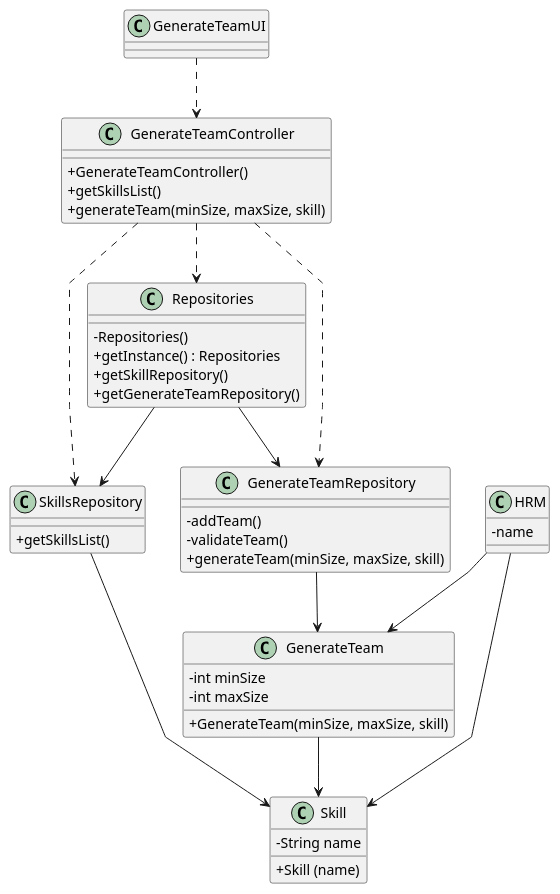
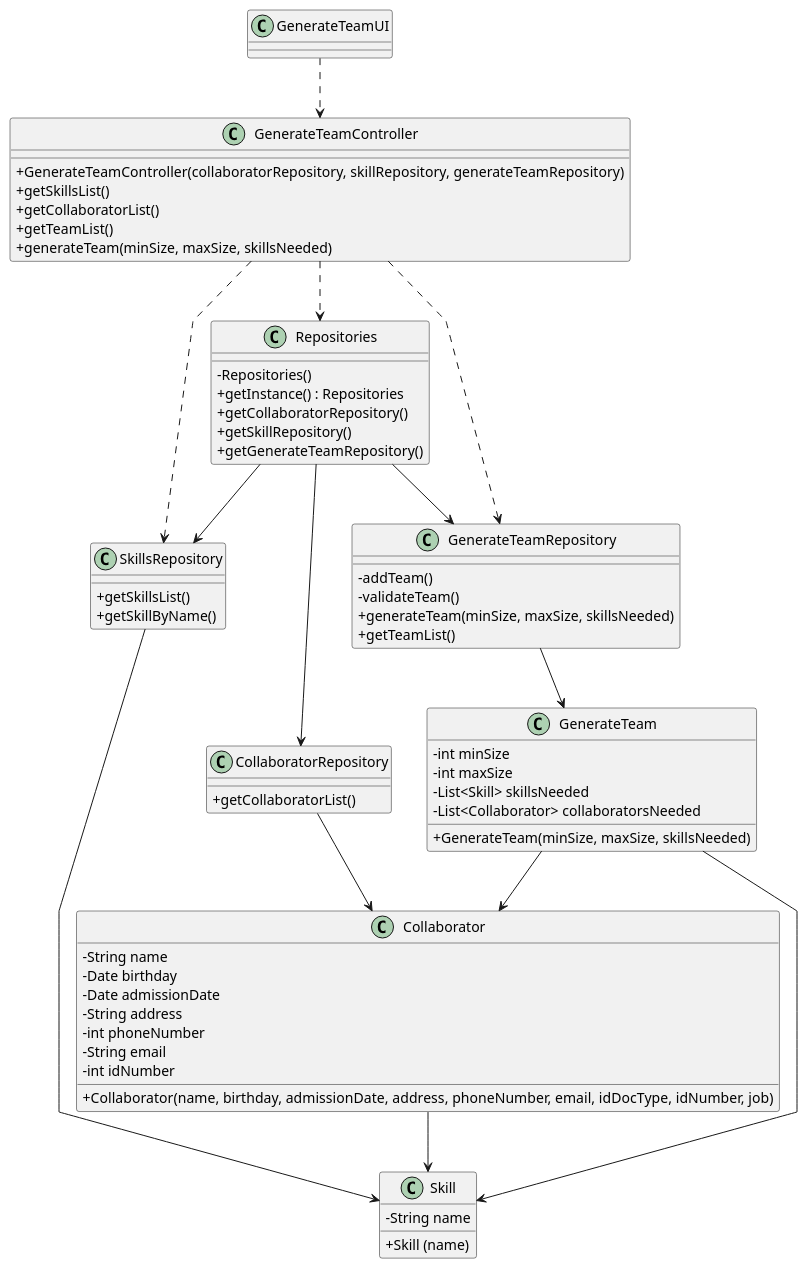
One commit to daniel41silva05/ISEP_2023_2024_LAPR2 changed the diagram in docs/sprintA&B/us005/03.design/puml/us005-class-diagram.puml. Above: the diagram before and after it, drawn with PlantUML. The commit also changed 9 other files, not shown here.

```diff
--- a/docs/sprintA&B/us005/03.design/puml/us005-class-diagram.puml
+++ b/docs/sprintA&B/us005/03.design/puml/us005-class-diagram.puml
@@ -1,69 +1,89 @@
 @startuml
 skinparam packageStyle rectangle
 skinparam shadowing false
 skinparam linetype polyline
 
 skinparam classAttributeIconSize 0
 
 'left to right direction
 
 class GenerateTeam {
     - int minSize
     - int maxSize
+    - List<Skill> skillsNeeded
+    - List<Collaborator> collaboratorsNeeded
 
-    + GenerateTeam(minSize, maxSize, skill)
+    + GenerateTeam(minSize, maxSize, skillsNeeded)
 
 }
 
 class Skill {
     - String name
     + Skill (name)
 
 }
 
+class Collaborator {
+    -String name
+    -Date birthday
+    -Date admissionDate
+    -String address
+    -int phoneNumber
+    -String email
+    -int idNumber
+    +Collaborator(name, birthday, admissionDate, address, phoneNumber, email, idDocType, idNumber, job)
+
+}
+
 class SkillsRepository {
     + getSkillsList()
+    + getSkillByName()
 }
 
 class GenerateTeamRepository {
     - addTeam()
     - validateTeam()
-    + generateTeam(minSize, maxSize, skill)
+    + generateTeam(minSize, maxSize, skillsNeeded)
+    + getTeamList()
+}
+
+class CollaboratorRepository {
+    + getCollaboratorList()
 }
 
 class Repositories {
     - Repositories()
     + getInstance() : Repositories
+    + getCollaboratorRepository()
     + getSkillRepository()
     + getGenerateTeamRepository()
 }
 
-
-class HRM {
-    - name
-}
-
 class GenerateTeamController {
-    + GenerateTeamController()
+    + GenerateTeamController(collaboratorRepository, skillRepository, generateTeamRepository)
     + getSkillsList()
-    + generateTeam(minSize, maxSize, skill)
+    + getCollaboratorList()
+    + getTeamList()
+    + generateTeam(minSize, maxSize, skillsNeeded)
 }
 
 class GenerateTeamUI {
 }
 
 GenerateTeamUI ..> GenerateTeamController
 GenerateTeamController ..> Repositories
 GenerateTeamController ..> GenerateTeamRepository
 GenerateTeamController ..> SkillsRepository
 Repositories --> GenerateTeamRepository
 Repositories --> SkillsRepository
-HRM --> GenerateTeam
-HRM --> Skill
+Repositories --> CollaboratorRepository
+CollaboratorRepository --> Collaborator
+Collaborator --> Skill
+GenerateTeam --> Collaborator
 GenerateTeamRepository --> GenerateTeam
 SkillsRepository --> Skill
 GenerateTeam --> Skill
 
 
 
 @enduml
```
